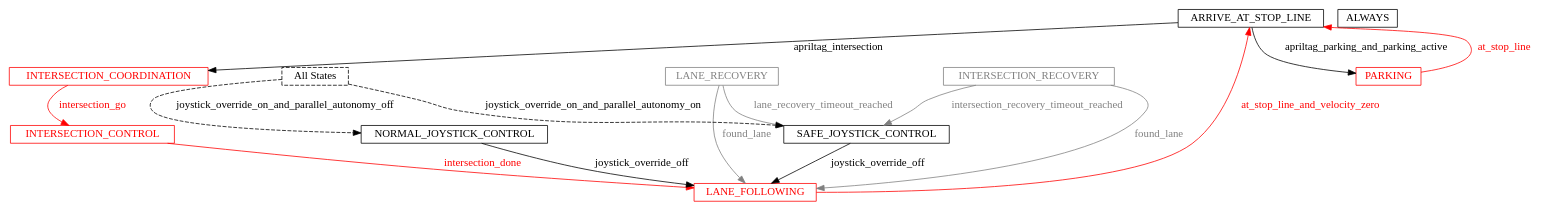
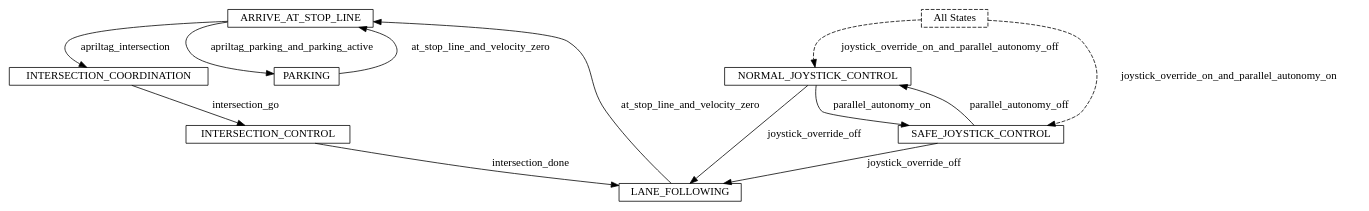
The diagram in catkin_ws/src/00-infrastructure/ros_diagram/fsm_default.dot (spadma3/duck), drawn with Graphviz before and after one commit. The commit also changed 3 other files, not shown here.

Commit message:
Updated fsm diagrams

```diff
--- a/catkin_ws/src/00-infrastructure/ros_diagram/fsm_default.dot
+++ b/catkin_ws/src/00-infrastructure/ros_diagram/fsm_default.dot
@@ -1,29 +1,24 @@
 // default.yaml
 digraph {
 	node [height=.1 shape=record]
 	ARRIVE_AT_STOP_LINE [label=ARRIVE_AT_STOP_LINE color=black fontcolor=black]
-	INTERSECTION_CONTROL [label=INTERSECTION_CONTROL color=red fontcolor=red]
-	INTERSECTION_COORDINATION [label=INTERSECTION_COORDINATION color=red fontcolor=red]
-	ALWAYS [label=ALWAYS]
+	INTERSECTION_CONTROL [label=INTERSECTION_CONTROL color=black fontcolor=black]
+	INTERSECTION_COORDINATION [label=INTERSECTION_COORDINATION color=black fontcolor=black]
 	NORMAL_JOYSTICK_CONTROL [label=NORMAL_JOYSTICK_CONTROL color=black fontcolor=black]
+	PARKING [label=PARKING color=black fontcolor=black]
+	LANE_FOLLOWING [label=LANE_FOLLOWING color=black fontcolor=black]
 	SAFE_JOYSTICK_CONTROL [label=SAFE_JOYSTICK_CONTROL color=black fontcolor=black]
-	LANE_RECOVERY [label=LANE_RECOVERY color=gray fontcolor=gray]
-	INTERSECTION_RECOVERY [label=INTERSECTION_RECOVERY color=gray fontcolor=gray]
-	PARKING [label=PARKING color=red fontcolor=red]
-	LANE_FOLLOWING [label=LANE_FOLLOWING color=red fontcolor=red]
 	ARRIVE_AT_STOP_LINE -> PARKING [label=apriltag_parking_and_parking_active color=black fontcolor=black]
 	ARRIVE_AT_STOP_LINE -> INTERSECTION_COORDINATION [label=apriltag_intersection color=black fontcolor=black]
-	INTERSECTION_CONTROL -> LANE_FOLLOWING [label=intersection_done color=red fontcolor=red]
-	INTERSECTION_COORDINATION -> INTERSECTION_CONTROL [label=intersection_go color=red fontcolor=red]
+	INTERSECTION_CONTROL -> LANE_FOLLOWING [label=intersection_done color=black fontcolor=black]
+	INTERSECTION_COORDINATION -> INTERSECTION_CONTROL [label=intersection_go color=black fontcolor=black]
 	NORMAL_JOYSTICK_CONTROL -> LANE_FOLLOWING [label=joystick_override_off color=black fontcolor=black]
+	NORMAL_JOYSTICK_CONTROL -> SAFE_JOYSTICK_CONTROL [label=parallel_autonomy_on color=black fontcolor=black]
+	PARKING -> ARRIVE_AT_STOP_LINE [label=at_stop_line_and_velocity_zero color=black fontcolor=black]
+	LANE_FOLLOWING -> ARRIVE_AT_STOP_LINE [label=at_stop_line_and_velocity_zero color=black fontcolor=black]
+	SAFE_JOYSTICK_CONTROL -> NORMAL_JOYSTICK_CONTROL [label=parallel_autonomy_off color=black fontcolor=black]
 	SAFE_JOYSTICK_CONTROL -> LANE_FOLLOWING [label=joystick_override_off color=black fontcolor=black]
-	LANE_RECOVERY -> SAFE_JOYSTICK_CONTROL [label=lane_recovery_timeout_reached color=gray fontcolor=gray]
-	LANE_RECOVERY -> LANE_FOLLOWING [label=found_lane color=gray fontcolor=gray]
-	INTERSECTION_RECOVERY -> SAFE_JOYSTICK_CONTROL [label=intersection_recovery_timeout_reached color=gray fontcolor=gray]
-	INTERSECTION_RECOVERY -> LANE_FOLLOWING [label=found_lane color=gray fontcolor=gray]
-	PARKING -> ARRIVE_AT_STOP_LINE [label=at_stop_line color=red fontcolor=red]
-	LANE_FOLLOWING -> ARRIVE_AT_STOP_LINE [label=at_stop_line_and_velocity_zero color=red fontcolor=red]
 	ALL_STATES [label="All States" style=dashed]
 	ALL_STATES -> NORMAL_JOYSTICK_CONTROL [label=joystick_override_on_and_parallel_autonomy_off concentrate=false style=dashed]
 	ALL_STATES -> SAFE_JOYSTICK_CONTROL [label=joystick_override_on_and_parallel_autonomy_on concentrate=false style=dashed]
 }
```
